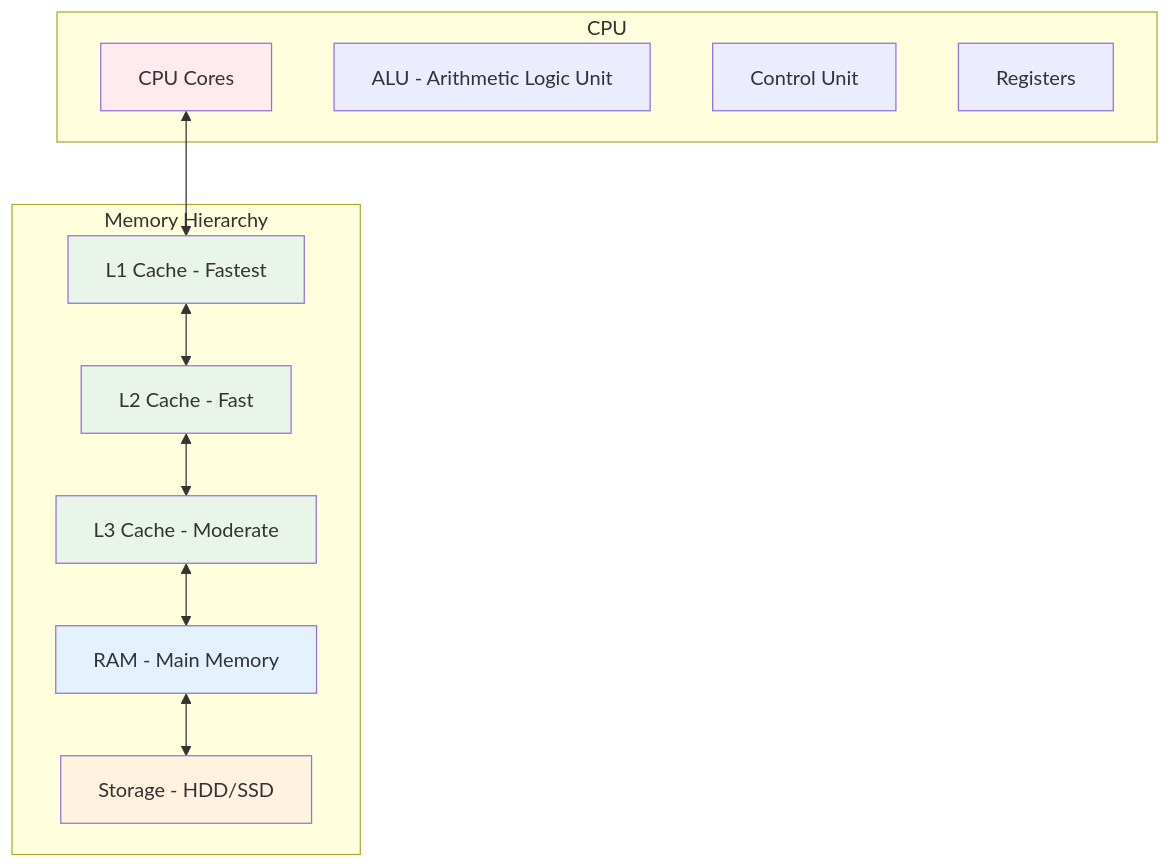
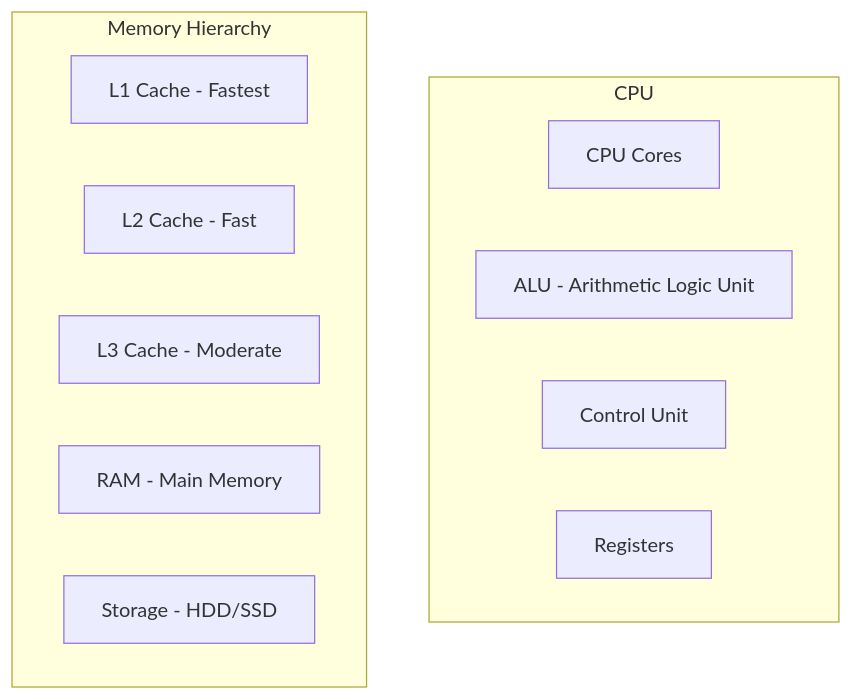
One commit to shayrh/DevSecOps20 changed the sixth of 10 diagrams in lessons/01-linux-basics/index.md. Above: the diagram before and after it, drawn with Mermaid. The commit also changed other lines of this file, not shown here.

Commit message:
index md

````diff
--- a/lessons/01-linux-basics/index.md
+++ b/lessons/01-linux-basics/index.md
@@ -199,30 +197,17 @@
 ```mermaid
 graph TB
     subgraph "CPU"
         A[CPU Cores]
         A1[ALU - Arithmetic Logic Unit]
         A2[Control Unit]
         A3[Registers]
     end
 
     subgraph "Memory Hierarchy"
         B[L1 Cache - Fastest]
         C[L2 Cache - Fast]
         D[L3 Cache - Moderate]
         E[RAM - Main Memory]
         F[Storage - HDD/SSD]
     end
-
-    A <--> B
-    B <--> C
-    C <--> D
-    D <--> E
-    E <--> F
-
-    style A fill:#ffebee
-    style B fill:#e8f5e8
-    style C fill:#e8f5e8
-    style D fill:#e8f5e8
-    style E fill:#e3f2fd
-    style F fill:#fff3e0
 ```
````
